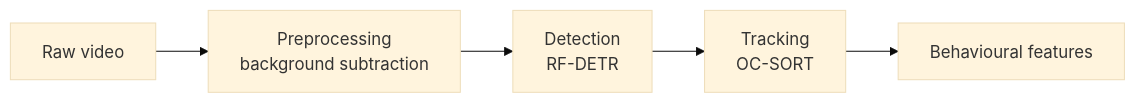
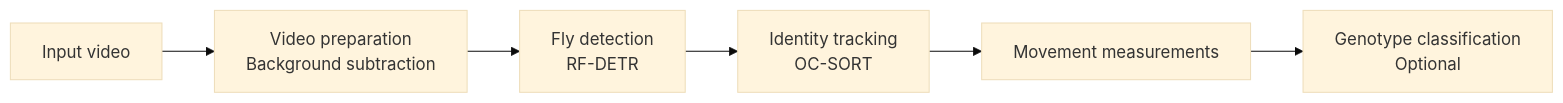
Before and after one commit to emmavrignaud/superfly: the diagram in README.md, drawn with Mermaid (base theme). The commit also changed other lines of this file and 9 other files, not shown here.

````diff
--- a/README.md
+++ b/README.md
@@ -10,7 +18,8 @@
 ```mermaid
 flowchart LR
-    A[Raw video] --> B[Preprocessing<br/>background subtraction]
-    B --> C[Detection<br/>RF-DETR]
-    C --> D[Tracking<br/>OC-SORT]
-    D --> E[Behavioural features]
+    A[Input video] --> B[Video preparation<br/>Background subtraction]
+    B --> C[Fly detection<br/>RF-DETR]
+    C --> D[Identity tracking<br/>OC-SORT]
+    D --> E[Movement measurements]
+    E --> F[Genotype classification<br/>Optional]
 ```
````
